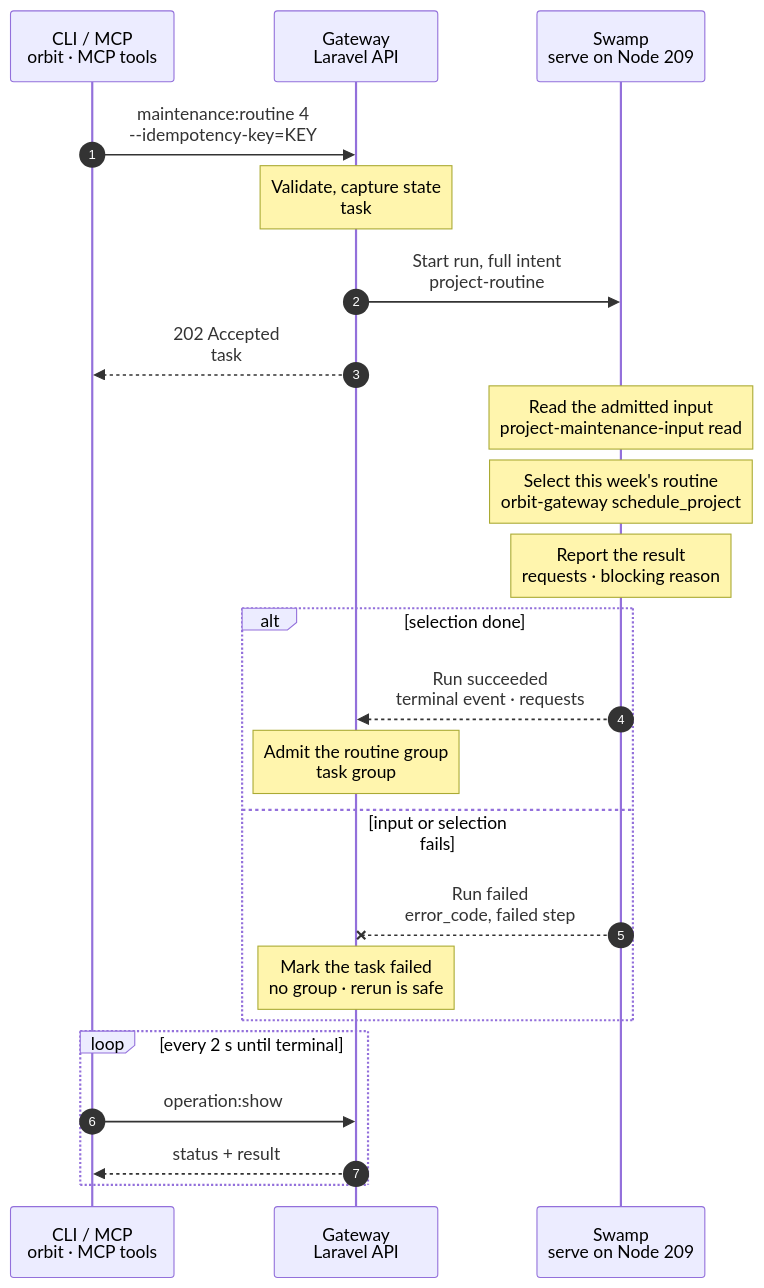
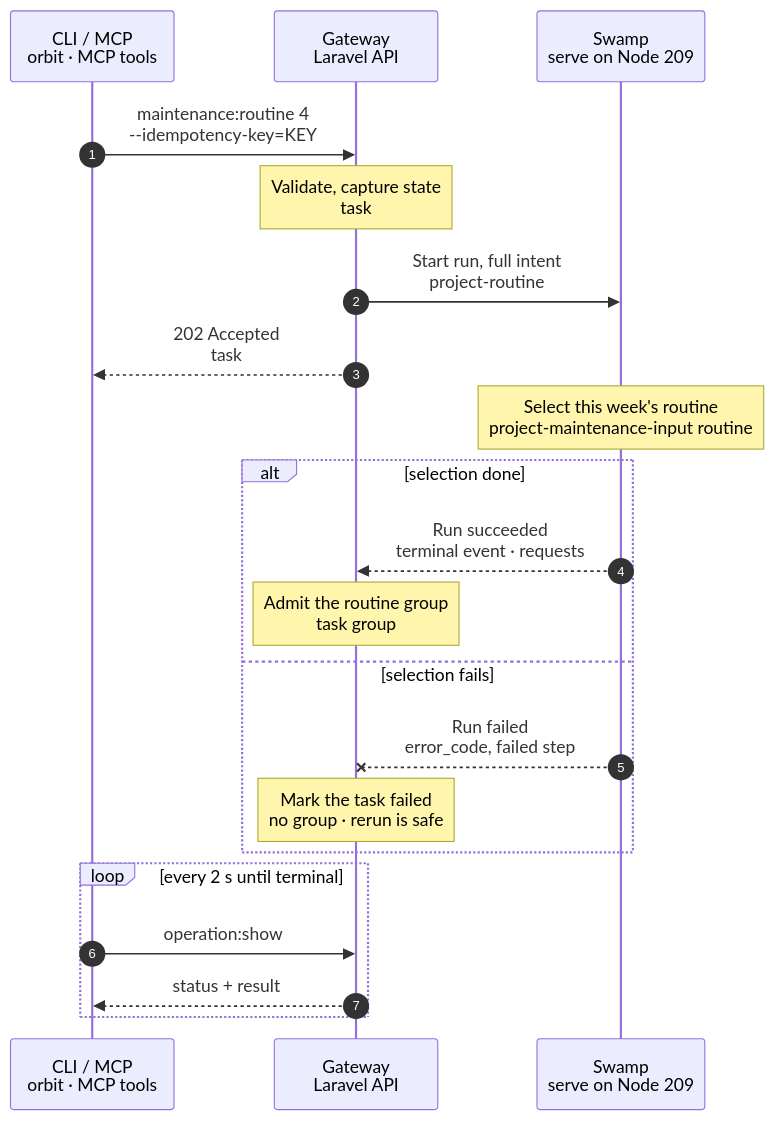
The diagram in docs/cli/project/routine.mmd (hardimpactdev/orbit), drawn with Mermaid before and after one commit. The commit also changed 11 other files, not shown here.

First line of the commit message:
feat(project): select the weekly routine in one Swamp step from captured state

```diff
--- a/docs/cli/project/routine.mmd
+++ b/docs/cli/project/routine.mmd
@@ -1,92 +1,91 @@
 sequenceDiagram
   %% Target design: ADR 0244 task (driver workflow), Recall deps-one-group-per-project + deps-update-test-agent-on-failure, R1-R2.
+  %% Tightened: flow-tighten 2026-11-02, rules 14, 15 (no input read, no report step).
+  %% Decided: Nick 2026-11-02, maintenance is opt-in per Project; begin and finish notes are dropped.
+  %% Decided: wave4 2026-11-03, an earlier attempt is the Gateway's to know: it admits one project.* task at a time and reuses the group whose brief carries the key, so Swamp reads no run history.
   %% status: draft
   %% command: project:maintenance:routine
   %% kind: project.routine
   autonumber
   %% lane CLI icon=terminal pill=caller tone=gray
   %% lane GW icon=gateway pill=intent tone=blue
   %% lane SW icon=workflow pill=executes tone=green
   participant CLI as CLI / MCP<br/>orbit · MCP tools
   participant GW as Gateway<br/>Laravel API
   participant SW as Swamp<br/>serve on Node 209
   CLI->>GW: maintenance:routine 4<br/>--idempotency-key=KEY
   %%> Command:
   %%> - MCP tool `project-maintenance-routine` with project `4` and an Idempotency-Key
   %%> - syntax: `project:maintenance:routine <project> --idempotency-key=KEY`
   %%> Input:
   %%> - the Project ID
   %%> - an idempotency key; it is required, so a lost reply replays the same task
   %%> Who can call it:
   %%> - the MCP tool; there is no `orbit` CLI page for it yet
   %%> - the hourly `maintenance-projects` Schedule admits the same kind when a Project's weekly routine is due
   Note over GW: Validate, capture state<br/>task #5151 · no token
   %%> Requirements:
   %%> - your Node has an access grant to the Gateway
+  %%> - maintenance is on for Project 4 (`project:maintenance:enable`); it is off by default
   %%> - Project 4 reads its repository through the GitHub App
   %%> - Project 4 has a default branch and a task check
   %%> - no other `project.detect`, `project.routine` or `project.observe` task runs for Project 4
   %%> What it does:
   %%> - captures the Project, its task groups and the admission time
   %%> Not included:
   %%> - no GitHub token: routine selection reads nothing outside the captured state
   %%> Result:
   %%> - task #5151 recorded, kind `project.routine`, driver `workflow`, on Node 209
   %%> - no Node is a target
   GW->>SW: Start run, full intent<br/>project-routine
   %%> What it does:
   %%> - starts one Swamp run on serve (Node 209)
   %%> Inputs:
   %%> - the captured Project, task groups and admission time
   GW-->>CLI: 202 Accepted<br/>task #5151
   %%> What you get:
   %%> - the task number, at once
   %%> Next:
   %%> - the caller follows the task with `operation:show`
-  Note over SW: Read the admitted input<br/>project-maintenance-input read
+  Note over SW: Select this week's routine<br/>project-maintenance-input routine
   %%> What it does:
-  %%> - checks that the input names Project 4 and Node 209
-  Note over SW: Select this week's routine<br/>orbit-gateway schedule_project
-  %%> What it does:
+  %%> - checks the captured Project against its source-owned maintenance policy
   %%> - builds the routine key for Project 4 and this week
-  %%> - compares it with the routine records Swamp keeps
   %%> Blocked when:
   %%> - Project 4 has another unfinished task group or a task group with a workspace
-  %%> - an earlier attempt with this key has no known result
+  %%> Why no run history:
+  %%> - the Gateway admits one `project.*` task per Project at a time, and it reuses the group whose brief carries this key, so a retry never creates a second group
   %%> Result:
   %%> - one routine group request, or none with the blocking reason
   %%> Why no admission here:
-  %%> - steps never call the Gateway; the request travels in the terminal result
-  Note over SW: Report the result<br/>requests · blocking reason
-  %%> Returns:
-  %%> - prints the selection as one JSON object, which the Gateway reads from the run
+  %%> - steps never call the Gateway; the request travels in this step's output, read from the terminal result
   alt selection done
     SW-->>GW: Run succeeded<br/>terminal event · requests
     %%> How the Gateway learns it:
     %%> - its shared run reader sees the terminal event; Swamp never calls the Gateway
     Note over GW: Admit the routine group<br/>task group #813 · tasks.provision
     %%> Result with a request:
     %%> - task group #813 created for the routine, or the existing one with the same brief reused
     %%> - the Gateway admits `tasks.provision`; the routine's updates run in its task VM, and a Pi turn starts only when tests fail
     %%> Result without a request:
     %%> - no task group; the blocking reason is in the result
     %%> Always:
     %%> - task #5151 succeeds
-  else input or selection fails
+  else selection fails
     SW--xGW: Run failed<br/>error_code, failed step
     %%> When:
-    %%> - the input is invalid or Swamp's routine records can't be read
+    %%> - Project 4 has no maintenance policy module, or its settings differ from the policy; an invalid input never starts the run, the input schema refuses it
     Note over GW: Mark the task failed<br/>no group · rerun is safe
     %%> Result:
     %%> - task #5151 fails; no task group is created
     %%> Retry:
     %%> - run the command again with a new key, or wait for the next hourly Schedule fire
   end
   loop every 2 s until terminal
     CLI->>GW: operation:show #5151
     %%> What it does:
     %%> - asks for the task's status every 2 seconds until it has ended
     GW-->>CLI: status + result
     %%> Returns:
     %%> - the current status, and the admitted group IDs once the task has ended
   end
```
